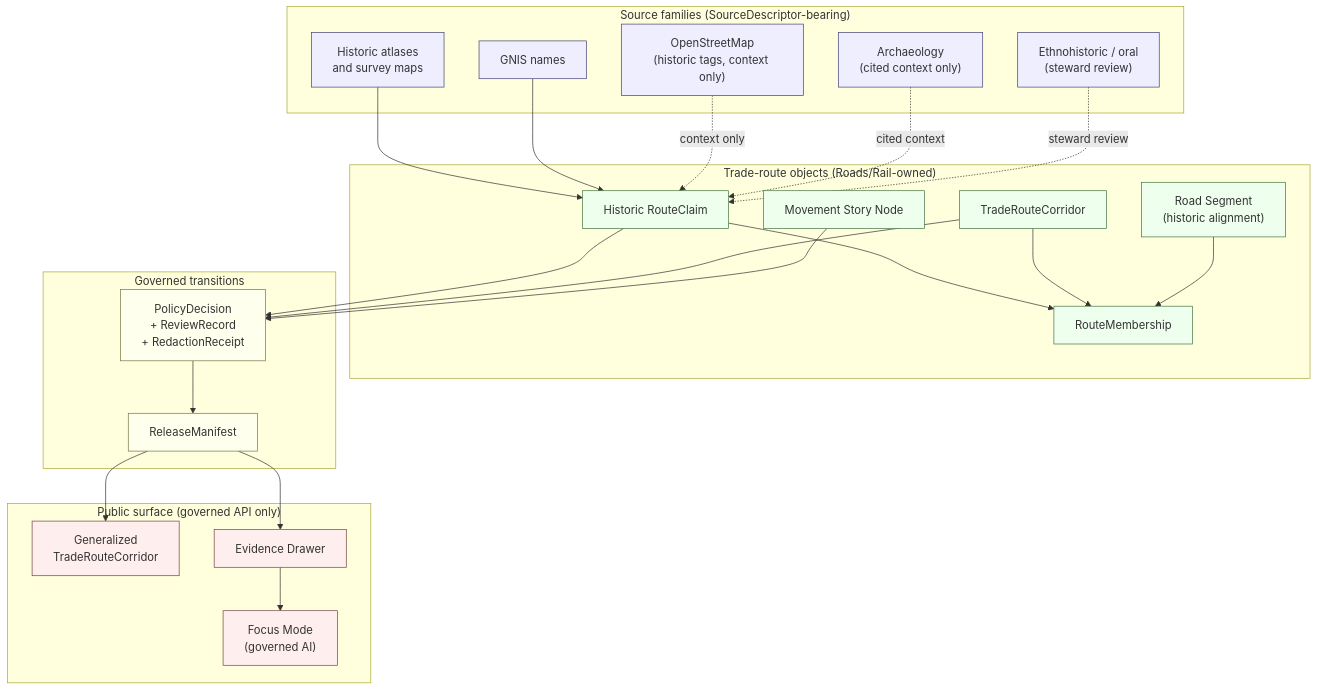
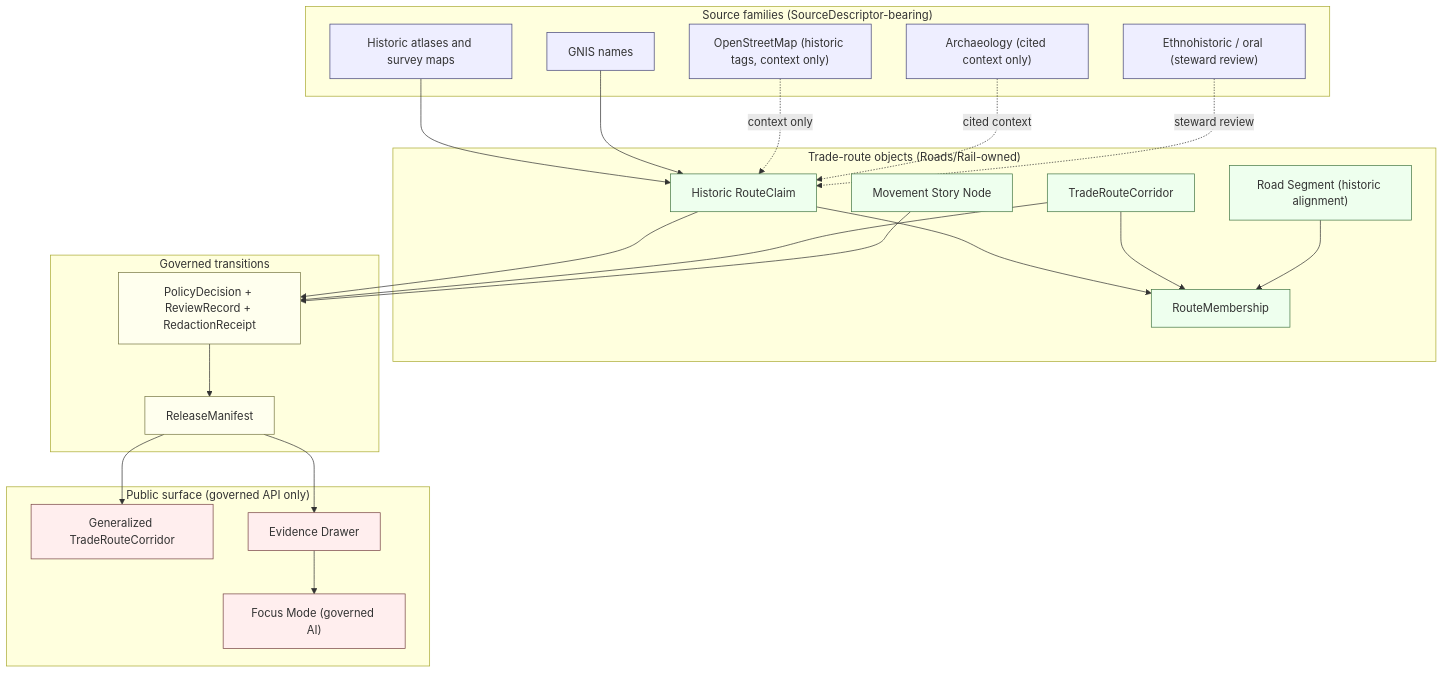
One commit to bartytime4life/Kansas-Frontier-Matrix changed the first of 2 diagrams in docs/domains/roads-rail-trade/sublanes/trade_routes.md. Above: the diagram before and after it, drawn with Mermaid. The commit also changed other lines of this file, not shown here.

````diff
--- a/docs/domains/roads-rail-trade/sublanes/trade_routes.md
+++ b/docs/domains/roads-rail-trade/sublanes/trade_routes.md
@@ -370,56 +388,49 @@
 ```mermaid
 flowchart TD
   subgraph SRC["Source families (SourceDescriptor-bearing)"]
-    HIST["Historic atlases<br/>and survey maps"]
+    HIST["Historic atlases and survey maps"]
     GNIS["GNIS names"]
-    OSM["OpenStreetMap<br/>(historic tags, context only)"]
-    ARCH["Archaeology<br/>(cited context only)"]
-    ETHNO["Ethnohistoric / oral<br/>(steward review)"]
+    OSM["OpenStreetMap (historic tags, context only)"]
+    ARCH["Archaeology (cited context only)"]
+    ETHNO["Ethnohistoric / oral (steward review)"]
   end
-
   subgraph OBJ["Trade-route objects (Roads/Rail-owned)"]
     HRC["Historic RouteClaim"]
     TRC["TradeRouteCorridor"]
     RM["RouteMembership"]
-    RS["Road Segment<br/>(historic alignment)"]
+    RS["Road Segment (historic alignment)"]
     MSN["Movement Story Node"]
   end
-
   subgraph GATE["Governed transitions"]
-    POL["PolicyDecision<br/>+ ReviewRecord<br/>+ RedactionReceipt"]
+    POL["PolicyDecision + ReviewRecord + RedactionReceipt"]
     REL["ReleaseManifest"]
   end
-
   subgraph PUB["Public surface (governed API only)"]
-    GEN["Generalized<br/>TradeRouteCorridor"]
+    GEN["Generalized TradeRouteCorridor"]
     EVD["Evidence Drawer"]
-    FOC["Focus Mode<br/>(governed AI)"]
+    FOC["Focus Mode (governed AI)"]
   end
-
   HIST --> HRC
   GNIS --> HRC
-  OSM -. context only .-> HRC
-  ARCH -. cited context .-> HRC
-  ETHNO -. steward review .-> HRC
-
+  OSM -. "context only" .-> HRC
+  ARCH -. "cited context" .-> HRC
+  ETHNO -. "steward review" .-> HRC
   HRC --> RM
   TRC --> RM
   RS --> RM
-
   HRC --> POL
   TRC --> POL
   MSN --> POL
   POL --> REL
   REL --> GEN
   REL --> EVD
   EVD --> FOC
-
   classDef src fill:#eef,stroke:#447;
   classDef obj fill:#efe,stroke:#474;
   classDef gate fill:#ffe,stroke:#774;
   classDef pub fill:#fee,stroke:#744;
   class HIST,GNIS,OSM,ARCH,ETHNO src;
   class HRC,TRC,RM,RS,MSN obj;
   class POL,REL gate;
   class GEN,EVD,FOC pub;
 ```
````
